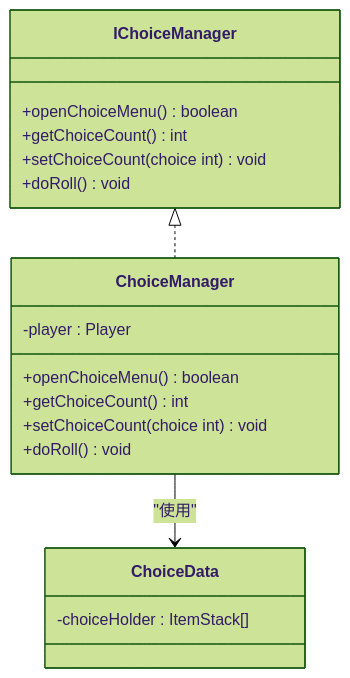
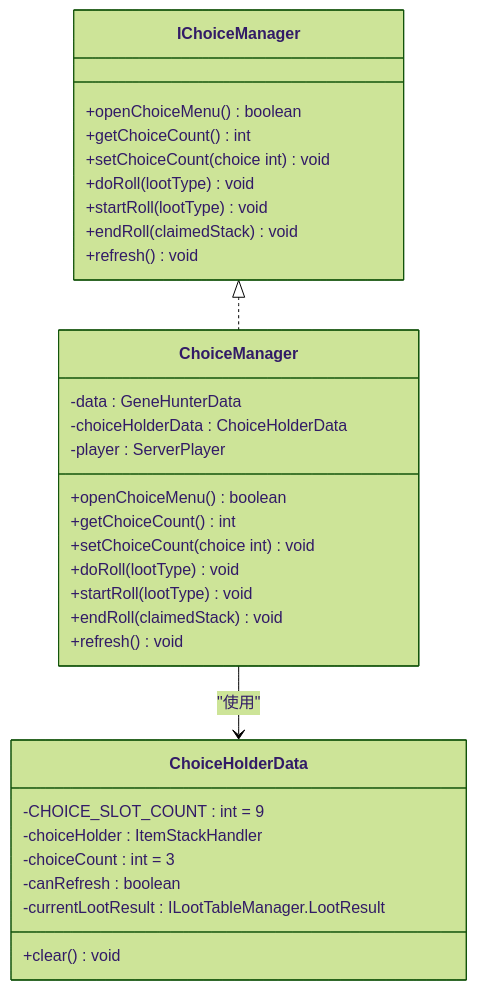
One commit to Ver-shift/SubModulesGeneHunter changed the third of 6 diagrams in .qoder/repowiki/zh/content/API参考文档/BiotechAPI核心接口/基因选择管理.md. Above: the diagram before and after it, drawn with Mermaid (forest theme). The commit also changed other lines of this file and 42 other files, not shown here.

````diff
--- a/.qoder/repowiki/zh/content/API参考文档/BiotechAPI核心接口/基因选择管理.md
+++ b/.qoder/repowiki/zh/content/API参考文档/BiotechAPI核心接口/基因选择管理.md
@@ -173,21 +174,34 @@
 ```mermaid
 classDiagram
 class IChoiceManager {
 +openChoiceMenu() boolean
 +getChoiceCount() int
 +setChoiceCount(choice int) void
-+doRoll() void
++doRoll(lootType) void
++startRoll(lootType) void
++endRoll(claimedStack) void
++refresh() void
 }
 class ChoiceManager {
--player : Player
+-data : GeneHunterData
+-choiceHolderData : ChoiceHolderData
+-player : ServerPlayer
 +openChoiceMenu() boolean
 +getChoiceCount() int
 +setChoiceCount(choice int) void
-+doRoll() void
++doRoll(lootType) void
++startRoll(lootType) void
++endRoll(claimedStack) void
++refresh() void
 }
-class ChoiceData {
--choiceHolder : ItemStack[]
+class ChoiceHolderData {
+-CHOICE_SLOT_COUNT : int = 9
+-choiceHolder : ItemStackHandler
+-choiceCount : int = 3
+-canRefresh : boolean
+-currentLootResult : ILootTableManager.LootResult
++clear() void
 }
 IChoiceManager <|.. ChoiceManager
-ChoiceManager --> ChoiceData : "使用"
+ChoiceManager --> ChoiceHolderData : "使用"
 ```
````
